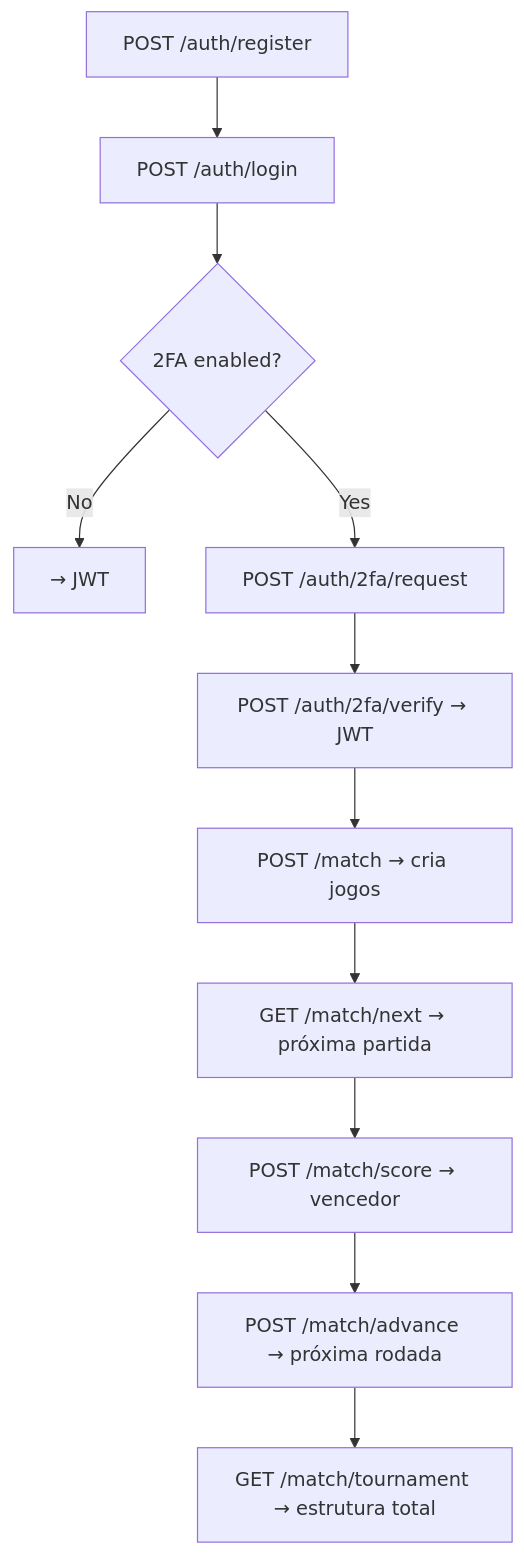
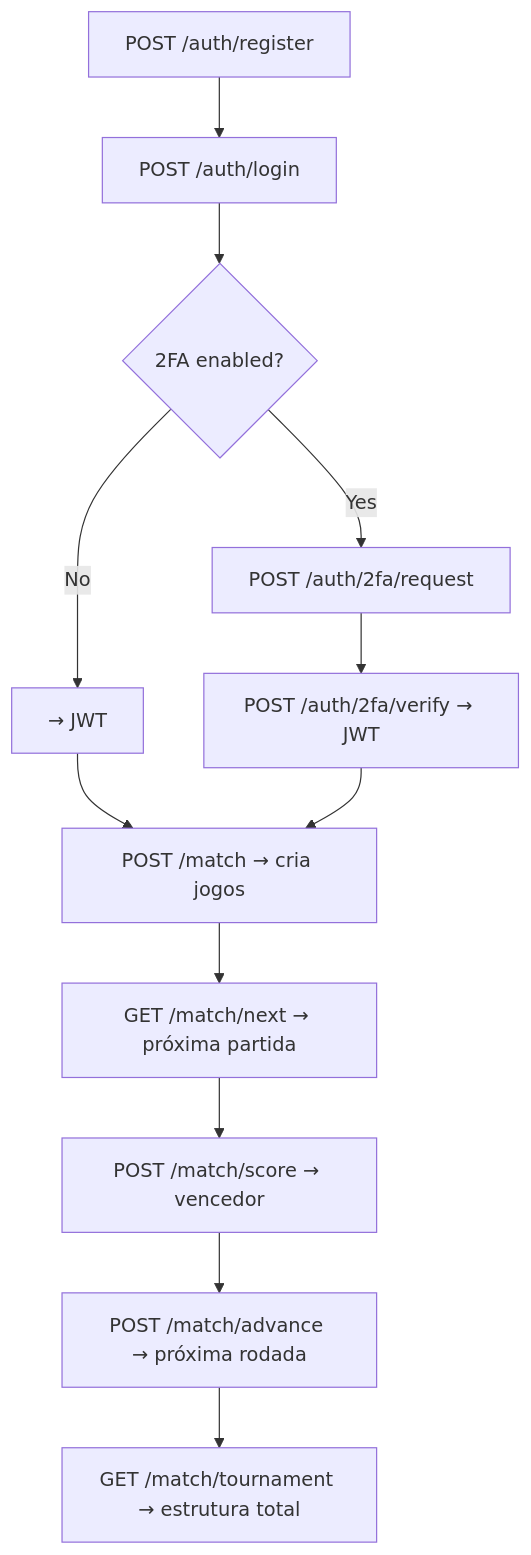
Before and after one commit to Matesant/ft_transcendence: the diagram in services/README.md, drawn with Mermaid.

Commit message:
readme update

````diff
--- a/services/README.md
+++ b/services/README.md
@@ -240,13 +240,13 @@
 ```mermaid
 graph TD
 A[POST /auth/register] --> B[POST /auth/login]
 B --> C{2FA enabled?}
-C -- No --> D[→ JWT]
+C -- No --> D[→ JWT] --> G
 C -- Yes --> E[POST /auth/2fa/request]
 E --> F[POST /auth/2fa/verify → JWT]
 F --> G[POST /match → cria jogos]
 G --> H[GET /match/next → próxima partida]
 H --> I[POST /match/score → vencedor]
 I --> J[POST /match/advance → próxima rodada]
 J --> K[GET /match/tournament → estrutura total]
 ```
````
